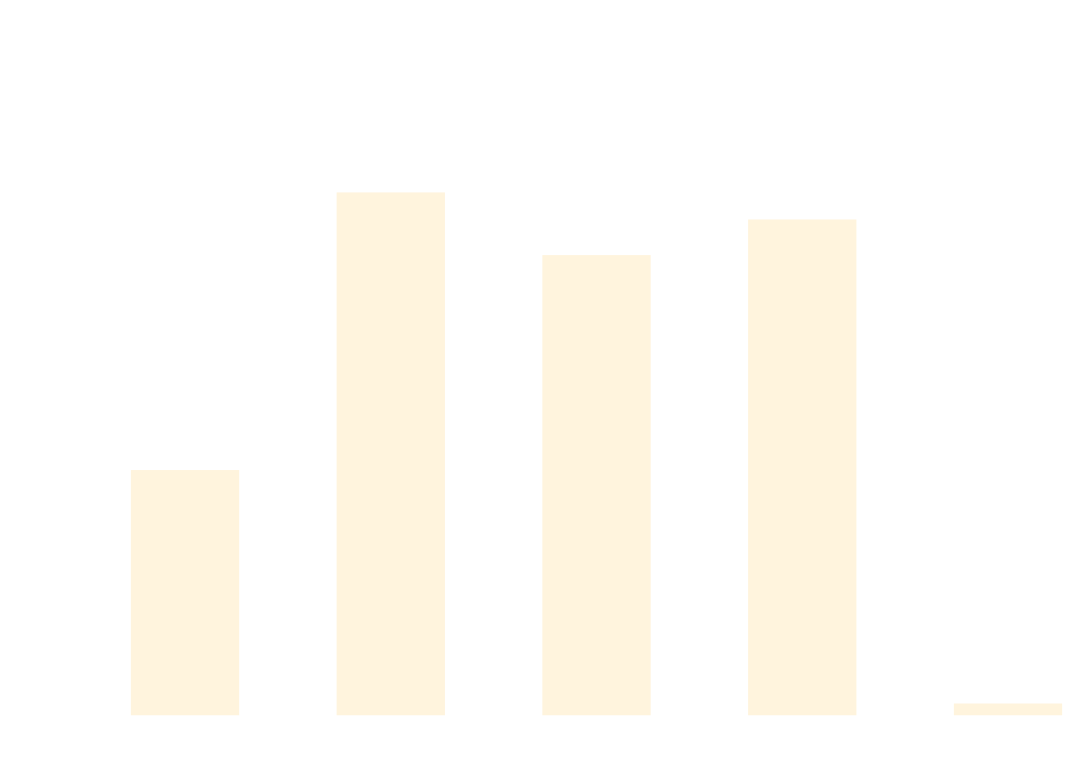
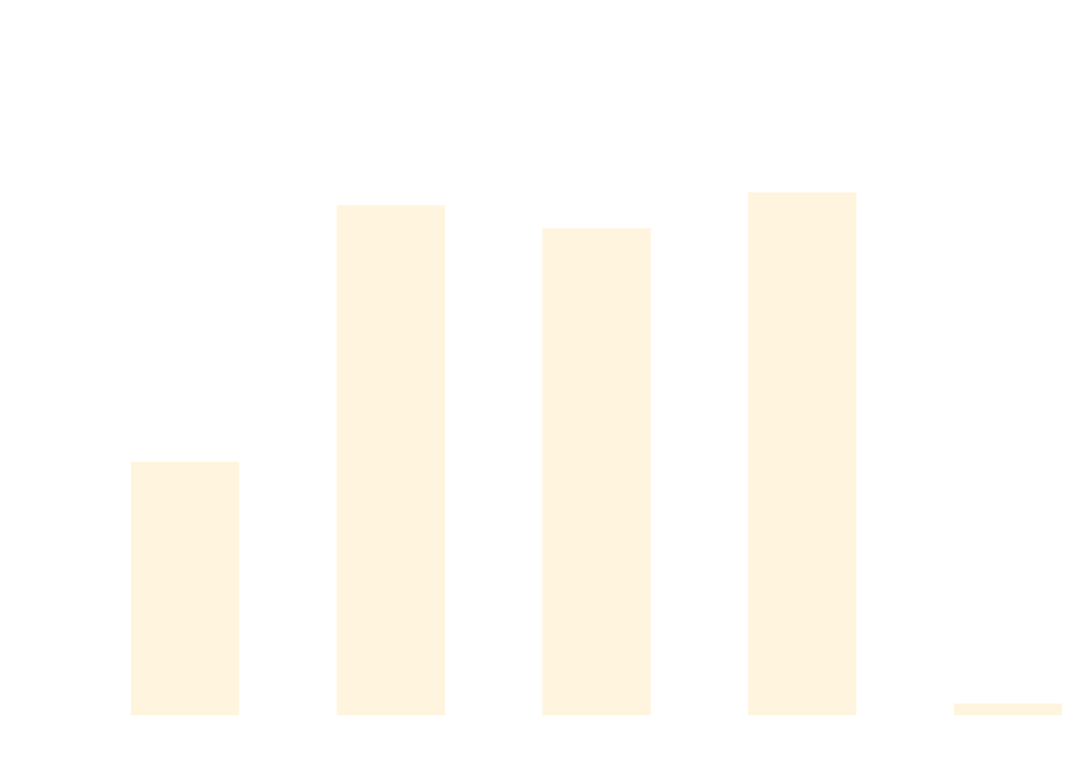
One commit to thomhurst/TUnit changed the diagram in docs/docs/benchmarks/SetupTeardownTests.md. Above: the diagram before and after it, drawn with Mermaid. The commit also changed other lines of this file and 17 other files, not shown here.

````diff
--- a/docs/docs/benchmarks/SetupTeardownTests.md
+++ b/docs/docs/benchmarks/SetupTeardownTests.md
@@ -27,37 +27,37 @@
 ```mermaid
 %%{init: {
   'theme':'base',
   'themeVariables': {
     'primaryColor': '#2563eb',
     'primaryTextColor': '#ffffff',
     'primaryBorderColor': '#1e40af',
     'lineColor': '#6b7280',
     'secondaryColor': '#7c3aed',
     'tertiaryColor': '#dc2626',
     'background': '#ffffff',
     'mainBkg': '#2563eb',
     'secondBkg': '#7c3aed',
     'tertiaryBkg': '#dc2626',
     'clusterBkg': '#f3f4f6',
     'edgeLabelBackground': '#ffffff',
     'tertiaryTextColor': '#1f2937',
     'pie1': '#2563eb',
     'pie2': '#7c3aed',
     'pie3': '#dc2626',
     'pie4': '#f59e0b',
     'pie5': '#10b981',
     'pie6': '#06b6d4',
     'pie7': '#ec4899',
     'pie8': '#6366f1',
     'pie9': '#84cc16',
     'pie10': '#f97316',
     'pie11': '#14b8a6',
     'pie12': '#a855f7'
   }
 }}%%
 xychart-beta
   title "SetupTeardownTests Performance Comparison"
   x-axis ["TUnit", "NUnit", "MSTest", "xUnit3", "TUnit_AOT"]
-  y-axis "Time (ms)" 0 --> 1566
-  bar [595.9, 1304.6, 1144.6, 1235.5, 0]
+  y-axis "Time (ms)" 0 --> 1448
+  bar [570.7, 1176.1, 1121.5, 1206.1, 0]
 ```
````
